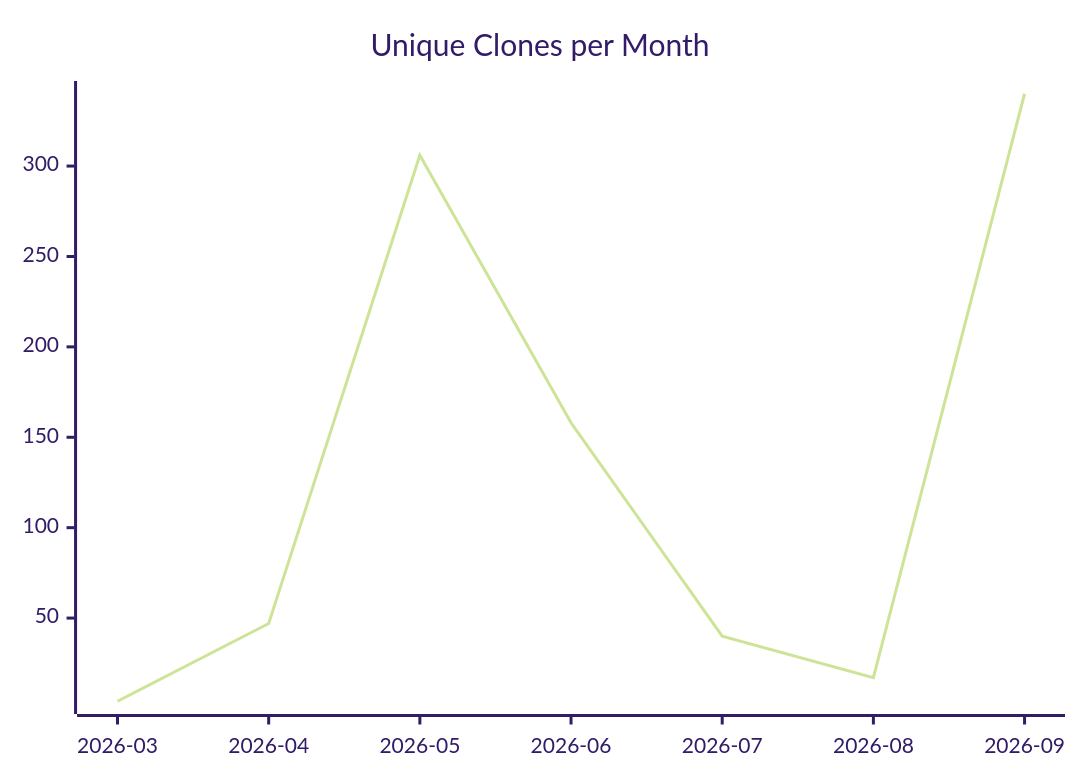
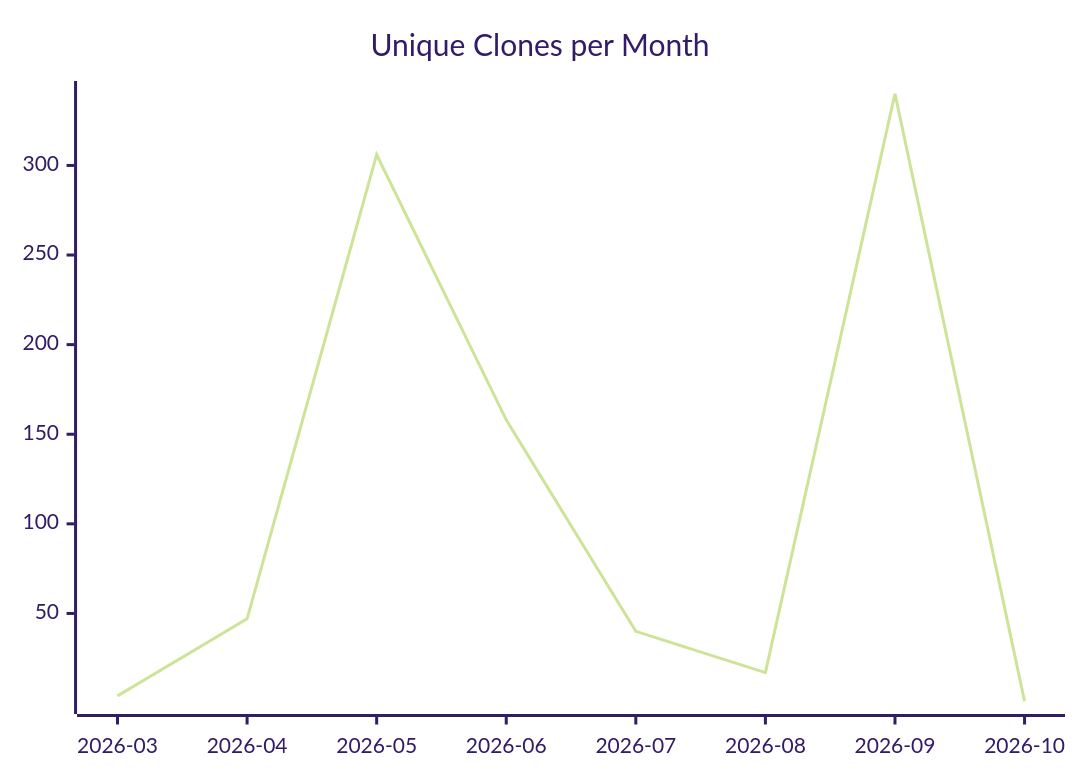
The third of 3 diagrams in karlmdavis/dotfiles/README.md (justdavis-family/github-analytics-data), drawn with Mermaid (forest theme) before and after one commit. The commit also changed other lines of this file and 202 other files, not shown here.

````diff
--- a/karlmdavis/dotfiles/README.md
+++ b/karlmdavis/dotfiles/README.md
@@ -19,6 +19,6 @@
 ```mermaid
 xychart-beta
   title "Unique Clones per Month"
-  x-axis ["2026-03", "2026-04", "2026-05", "2026-06", "2026-07", "2026-08", "2026-09"]
-  line [4, 47, 306, 158, 40, 17, 340]
+  x-axis ["2026-03", "2026-04", "2026-05", "2026-06", "2026-07", "2026-08", "2026-09", "2026-10"]
+  line [4, 47, 306, 158, 40, 17, 340, 1]
 ```
````
